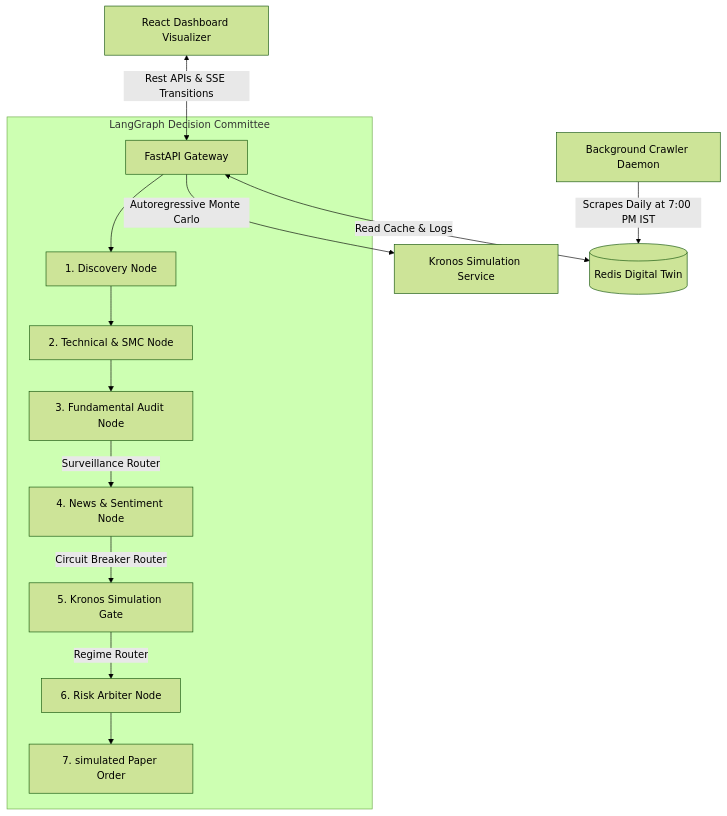
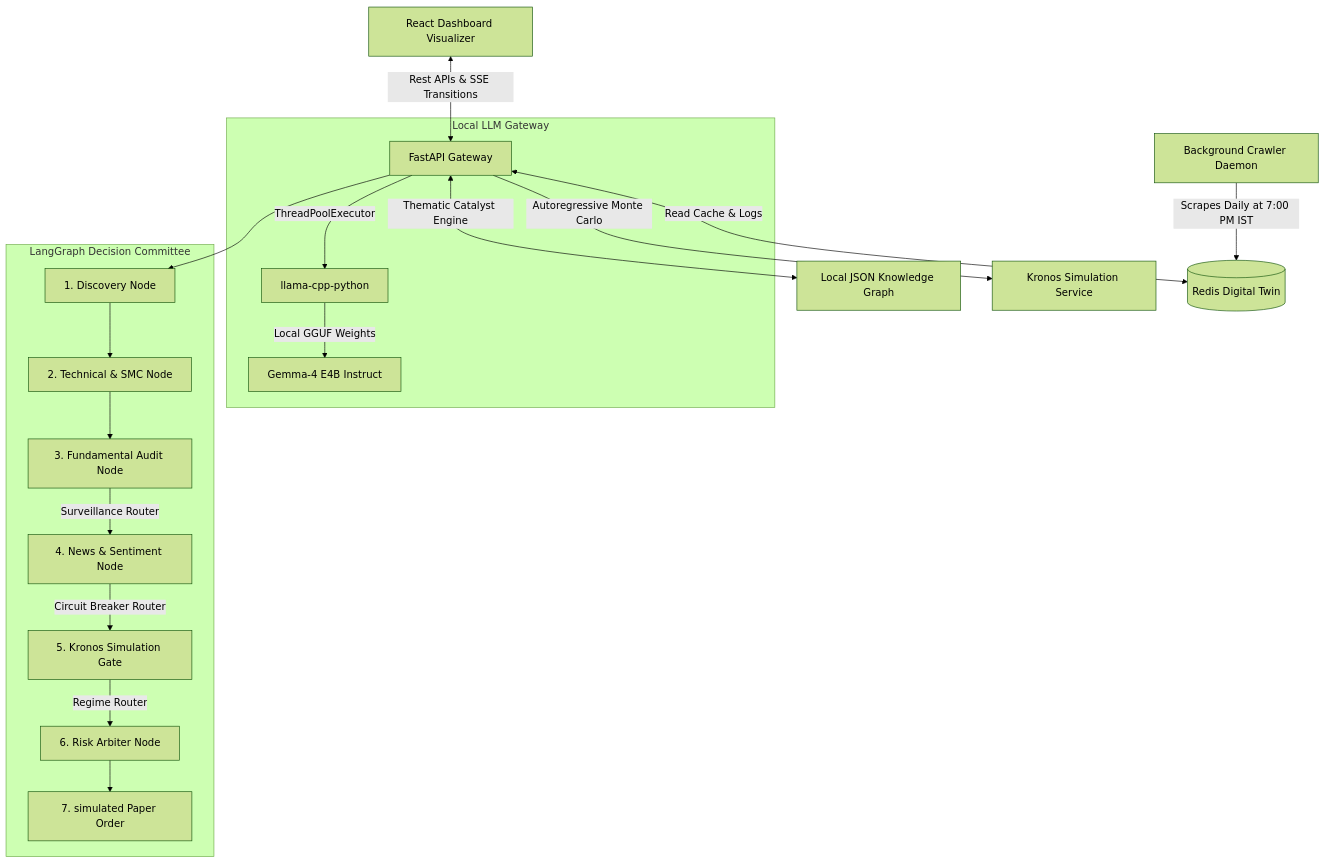
The diagram in README.md (akdey/Echo), drawn with Mermaid (forest theme) before and after one commit. The commit also changed other lines of this file, not shown here.

````diff
--- a/README.md
+++ b/README.md
@@ -23,17 +21,23 @@
 ```mermaid
 graph TD
     A[Background Crawler Daemon] -->|Scrapes Daily at 7:00 PM IST| B[(Redis Digital Twin)]
     C[React Dashboard Visualizer] <-->|Rest APIs & SSE Transitions| D[FastAPI Gateway]
     D <-->|Read Cache & Logs| B
     D -->|Autoregressive Monte Carlo| E[Kronos Simulation Service]
+    D <-->|Thematic Catalyst Engine| H[Local JSON Knowledge Graph]
+    
+    subgraph Local LLM Gateway
+        D -->|ThreadPoolExecutor| F[llama-cpp-python]
+        F -->|Local GGUF Weights| G[Gemma-4 E4B Instruct]
+    end
     
     subgraph LangGraph Decision Committee
-        D --> F[1. Discovery Node]
-        F --> G[2. Technical & SMC Node]
-        G --> H[3. Fundamental Audit Node]
-        H -->|Surveillance Router| I[4. News & Sentiment Node]
-        I -->|Circuit Breaker Router| J[5. Kronos Simulation Gate]
-        J -->|Regime Router| K[6. Risk Arbiter Node]
-        K --> L[7. simulated Paper Order]
+        D --> I[1. Discovery Node]
+        I --> J[2. Technical & SMC Node]
+        J --> K[3. Fundamental Audit Node]
+        K -->|Surveillance Router| L[4. News & Sentiment Node]
+        L -->|Circuit Breaker Router| M[5. Kronos Simulation Gate]
+        M -->|Regime Router| N[6. Risk Arbiter Node]
+        N --> O[7. simulated Paper Order]
     end
 ```
````
